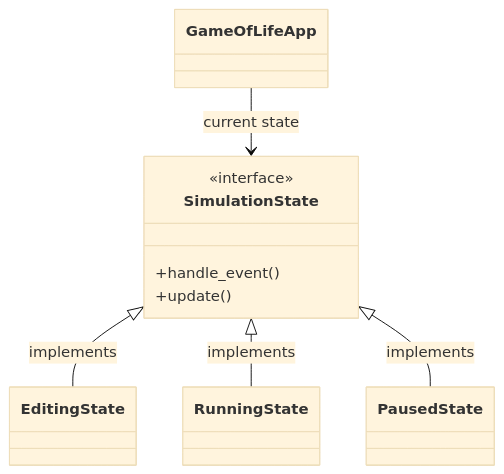
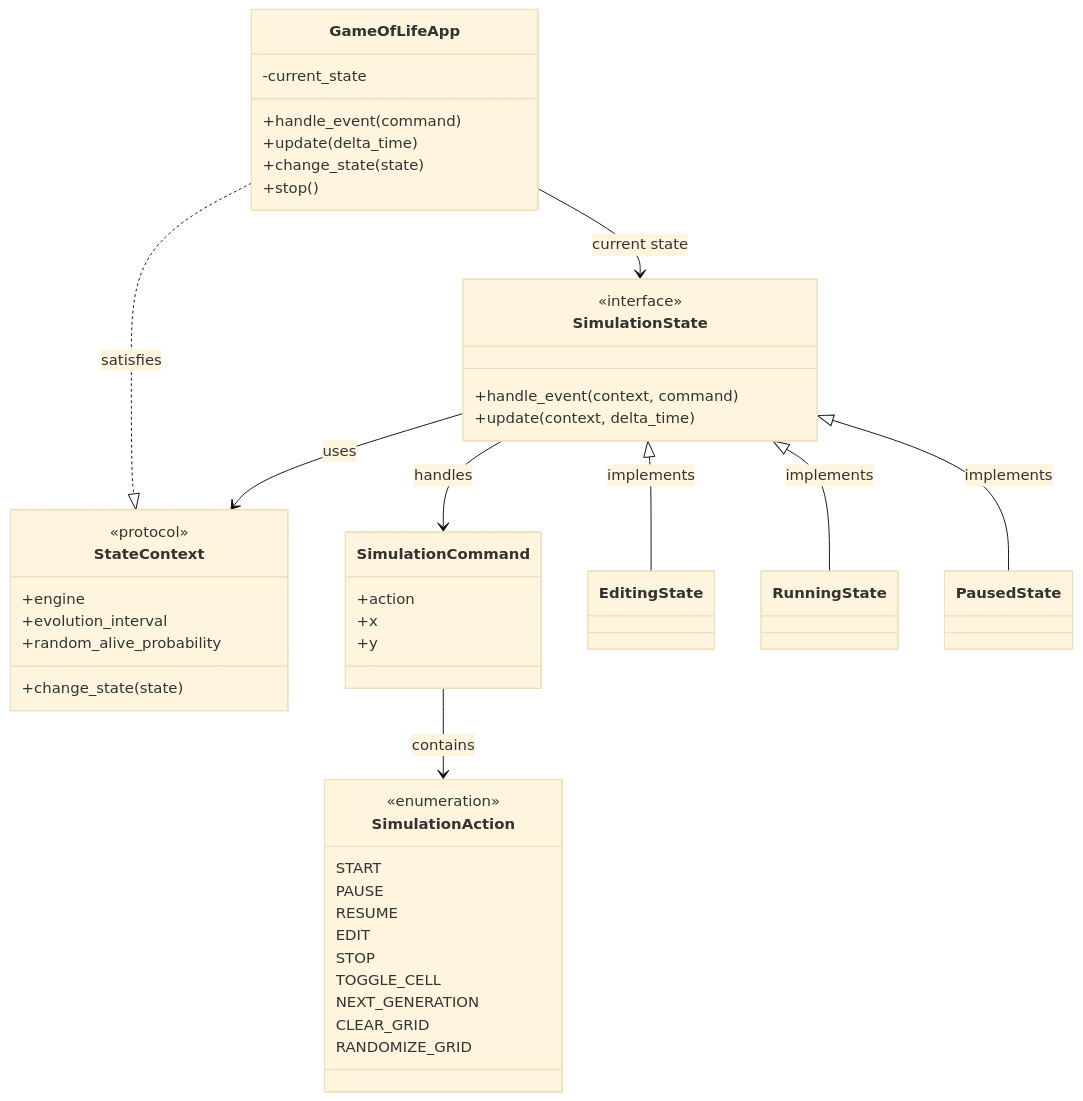
Before and after one commit to Stentzler/game-of-life-design-patterns: the first of 2 diagrams in docs/state_diagram.md, drawn with Mermaid (base theme). The commit also changed other lines of this file and 22 other files, not shown here.

````diff
--- a/docs/state_diagram.md
+++ b/docs/state_diagram.md
@@ -3,25 +3,61 @@
 ```mermaid
 classDiagram
     class GameOfLifeApp {
+        -current_state
+        +handle_event(command)
+        +update(delta_time)
+        +change_state(state)
+        +stop()
     }
 
     class SimulationState {
         <<interface>>
-        +handle_event()
-        +update()
+        +handle_event(context, command)
+        +update(context, delta_time)
+    }
+
+    class StateContext {
+        <<protocol>>
+        +engine
+        +evolution_interval
+        +random_alive_probability
+        +change_state(state)
+    }
+
+    class SimulationCommand {
+        +action
+        +x
+        +y
+    }
+
+    class SimulationAction {
+        <<enumeration>>
+        START
+        PAUSE
+        RESUME
+        EDIT
+        STOP
+        TOGGLE_CELL
+        NEXT_GENERATION
+        CLEAR_GRID
+        RANDOMIZE_GRID
     }
 
     class EditingState {
     }
 
     class RunningState {
     }
 
     class PausedState {
     }
 
     GameOfLifeApp --> SimulationState : current state
+    GameOfLifeApp ..|> StateContext : satisfies
+    SimulationState --> StateContext : uses
+    SimulationState --> SimulationCommand : handles
+    SimulationCommand --> SimulationAction : contains
     SimulationState <|-- EditingState : implements
     SimulationState <|-- RunningState : implements
     SimulationState <|-- PausedState : implements
 ```
````
